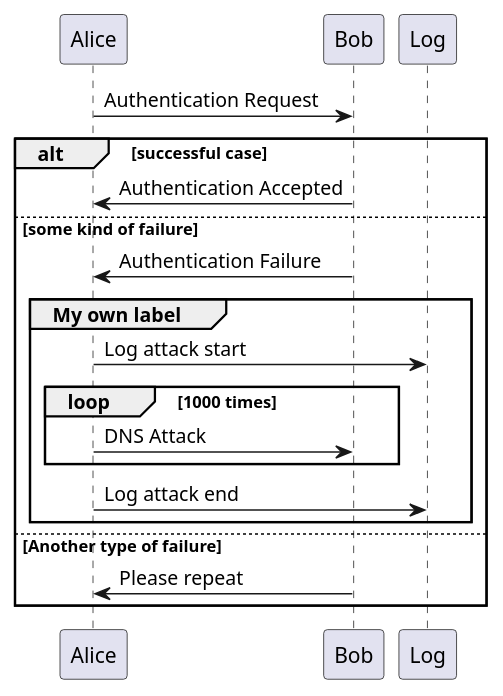
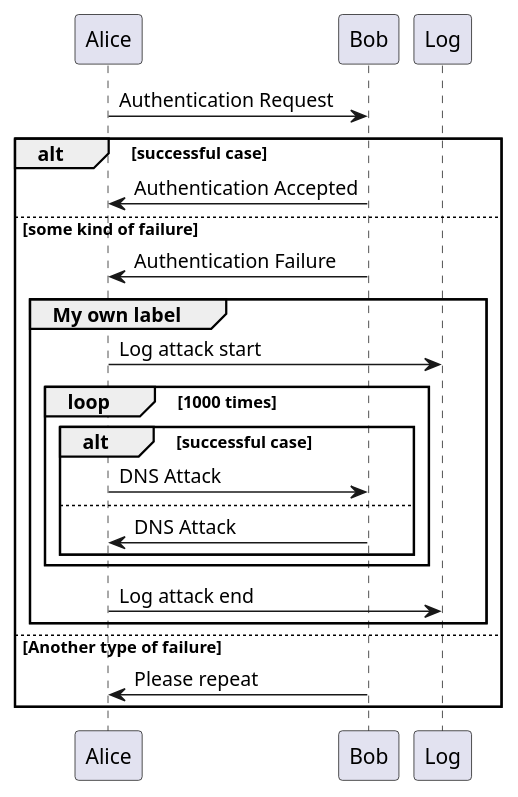
Before and after one commit to amne/architecture-viewer: the diagram in sample_plantuml_data/alt nested group.puml, drawn with PlantUML.

```diff
--- a/sample_plantuml_data/alt nested group.puml
+++ b/sample_plantuml_data/alt nested group.puml
@@ -1,24 +1,23 @@
 @startuml
+participant Alice
+participant Bob
 Alice -> Bob: Authentication Request
-
 alt successful case
-
-    Bob -> Alice: Authentication Accepted
-
+Bob -> Alice: Authentication Accepted
 else some kind of failure
-
-    Bob -> Alice: Authentication Failure
-    group My own label
-    Alice -> Log : Log attack start
-        loop 1000 times
-            Alice -> Bob: DNS Attack
-        end
-    Alice -> Log : Log attack end
-    end
-
+Bob -> Alice: Authentication Failure
+group My own label
+Alice -> Log : Log attack start
+loop 1000 times
+alt successful case
+Alice -> Bob: DNS Attack
+else
+Bob -> Alice: DNS Attack
+end
+end
+Alice -> Log : Log attack end
+end
 else Another type of failure
-
-   Bob -> Alice: Please repeat
-
+Bob -> Alice: Please repeat
 end
 @enduml
```
